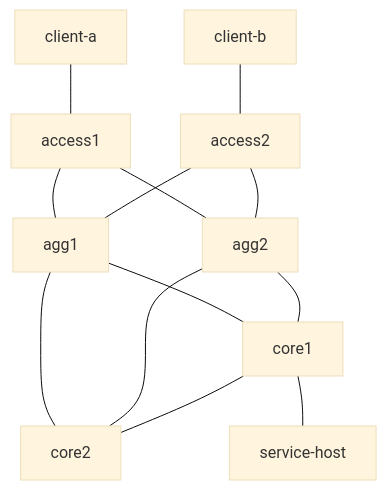
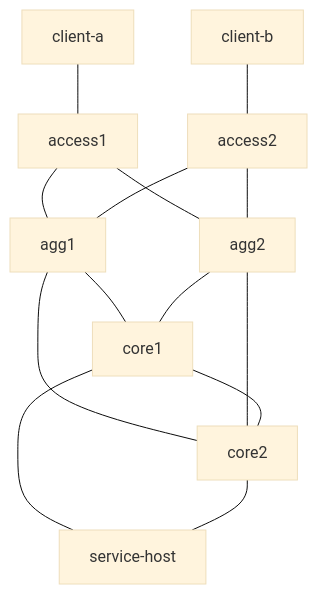
The second of 2 diagrams in docs/ARCHITECTURE.md (teriyakki-jin/telconet-sentinel), drawn with Mermaid (base theme) before and after one commit. The commit also changed other lines of this file and 11 other files, not shown here.

````diff
--- a/docs/ARCHITECTURE.md
+++ b/docs/ARCHITECTURE.md
@@ -74,15 +81,16 @@
 ```mermaid
 flowchart TB
     CA[client-a] --- A1[access1]
     CB[client-b] --- A2[access2]
     A1 --- G1[agg1]
     A1 --- G2[agg2]
     A2 --- G1
     A2 --- G2
     G1 --- C1[core1]
     G1 --- C2[core2]
     G2 --- C1
     G2 --- C2
     C1 --- C2
     C1 --- SVC[service-host]
+    C2 --- SVC
 ```
````
